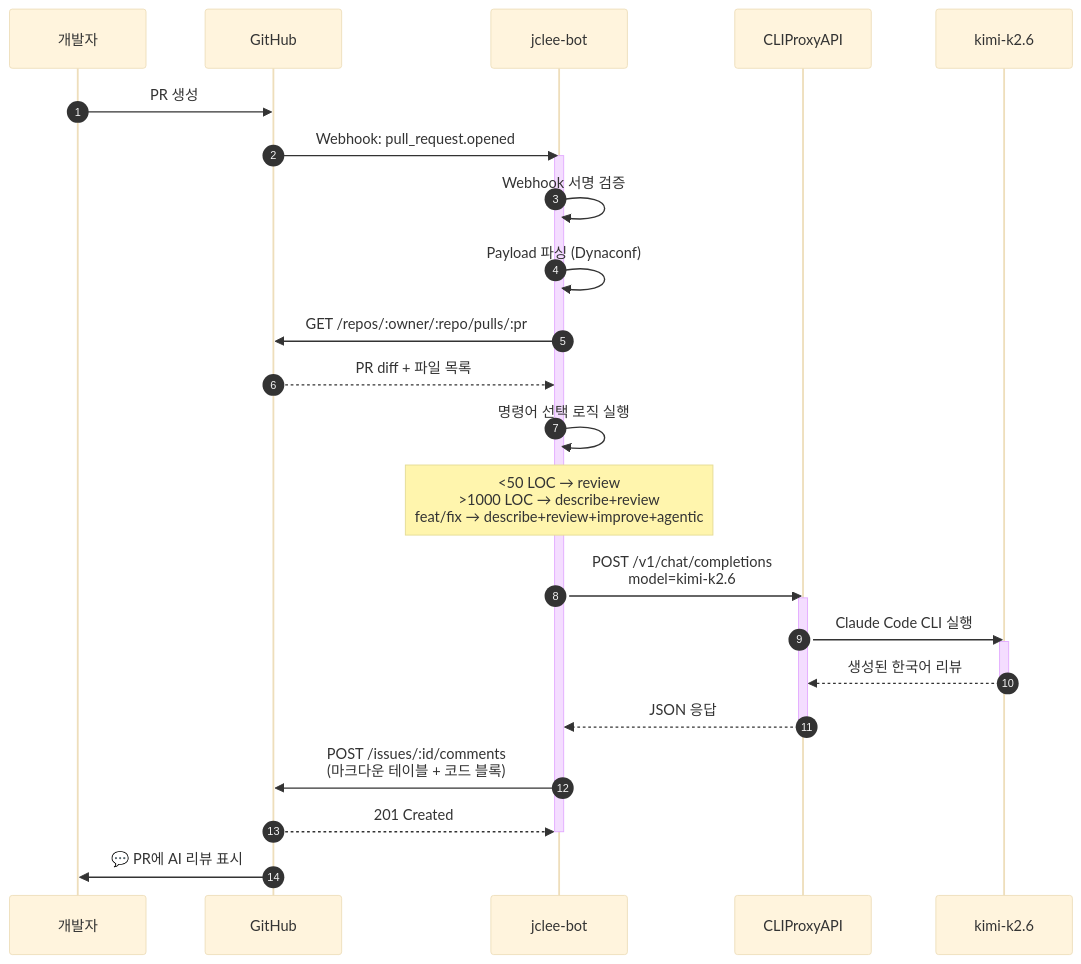
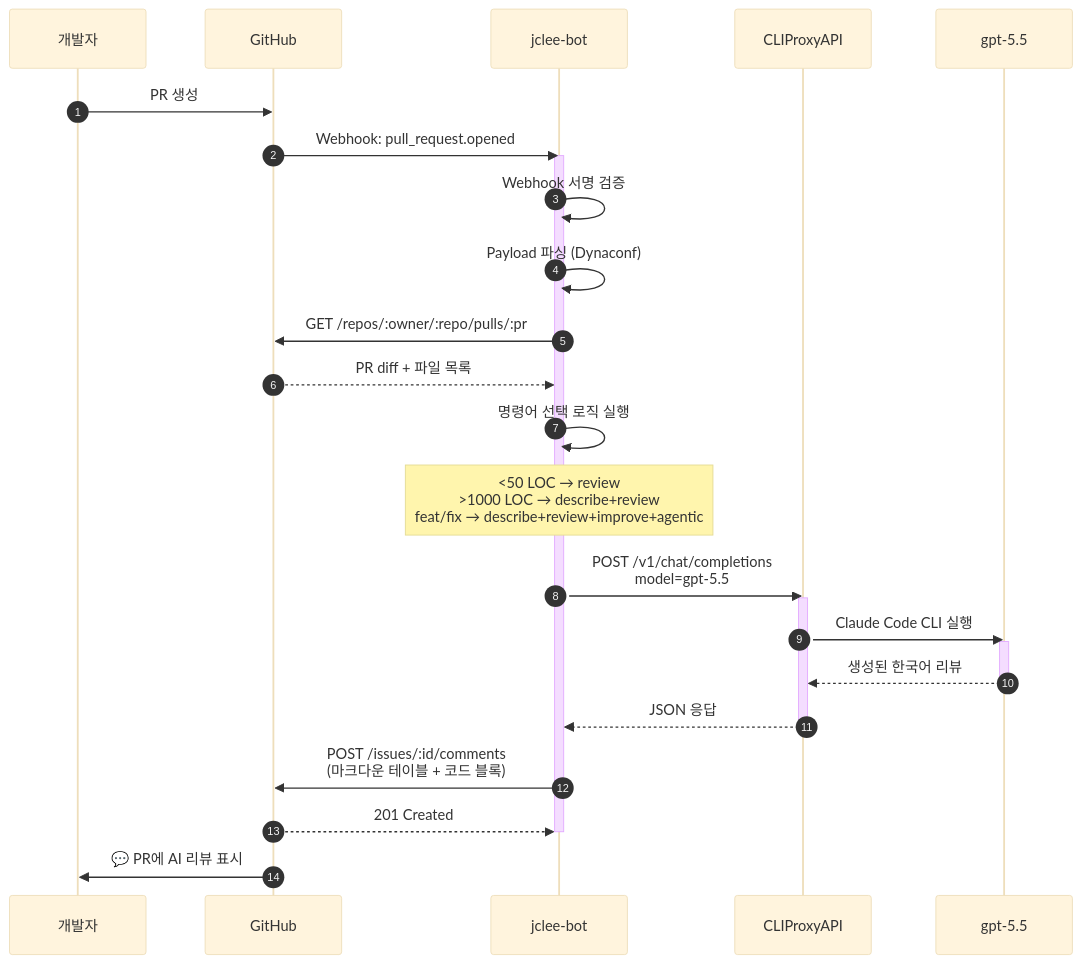
Before and after one commit to jclee941/.github: the third of 10 diagrams in docs/architecture.md, drawn with Mermaid (base theme). The commit also changed other lines of this file and 13 other files, not shown here.

First line of the commit message:
fix(model): promote GitHub App primary model kimi-k2.6 -> gpt-5.5

````diff
--- a/docs/architecture.md
+++ b/docs/architecture.md
@@ -132,37 +132,37 @@
 ```mermaid
 sequenceDiagram
     autonumber
     participant Dev as 개발자
     participant GH as GitHub
     participant Bot as jclee-bot
     participant Proxy as CLIProxyAPI
-    participant LLM as kimi-k2.6
+    participant LLM as gpt-5.5
 
     Dev->>GH: PR 생성
     GH->>Bot: Webhook: pull_request.opened
     
     activate Bot
     Bot->>Bot: Webhook 서명 검증
     Bot->>Bot: Payload 파싱 (Dynaconf)
     
     Bot->>GH: GET /repos/:owner/:repo/pulls/:pr
     GH-->>Bot: PR diff + 파일 목록
     
     Bot->>Bot: 명령어 선택 로직 실행
     Note over Bot: <50 LOC → review<br/>>1000 LOC → describe+review<br/>feat/fix → describe+review+improve+agentic
     
-    Bot->>Proxy: POST /v1/chat/completions<br/>model=kimi-k2.6
+    Bot->>Proxy: POST /v1/chat/completions<br/>model=gpt-5.5
     activate Proxy
     Proxy->>LLM: Claude Code CLI 실행
     activate LLM
     LLM-->>Proxy: 생성된 한국어 리뷰
     deactivate LLM
     Proxy-->>Bot: JSON 응답
     deactivate Proxy
     
     Bot->>GH: POST /issues/:id/comments<br/>(마크다운 테이블 + 코드 블록)
     GH-->>Bot: 201 Created
     deactivate Bot
     
     GH->>Dev: 💬 PR에 AI 리뷰 표시
 ```
````
